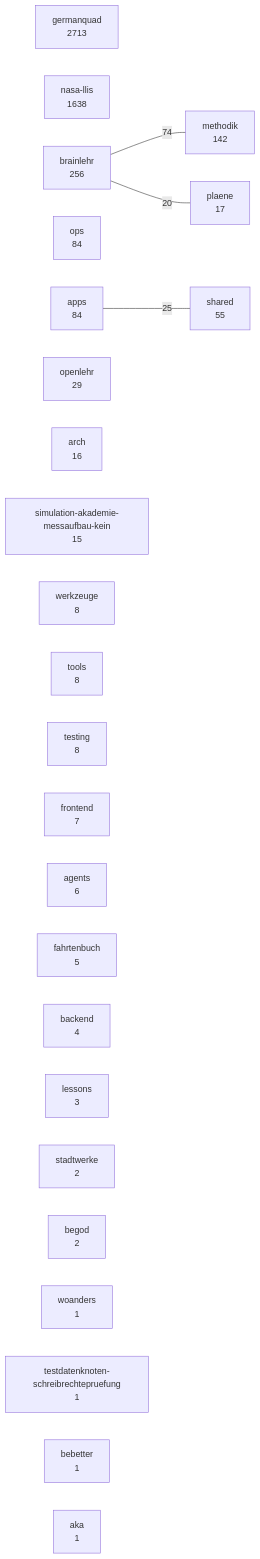
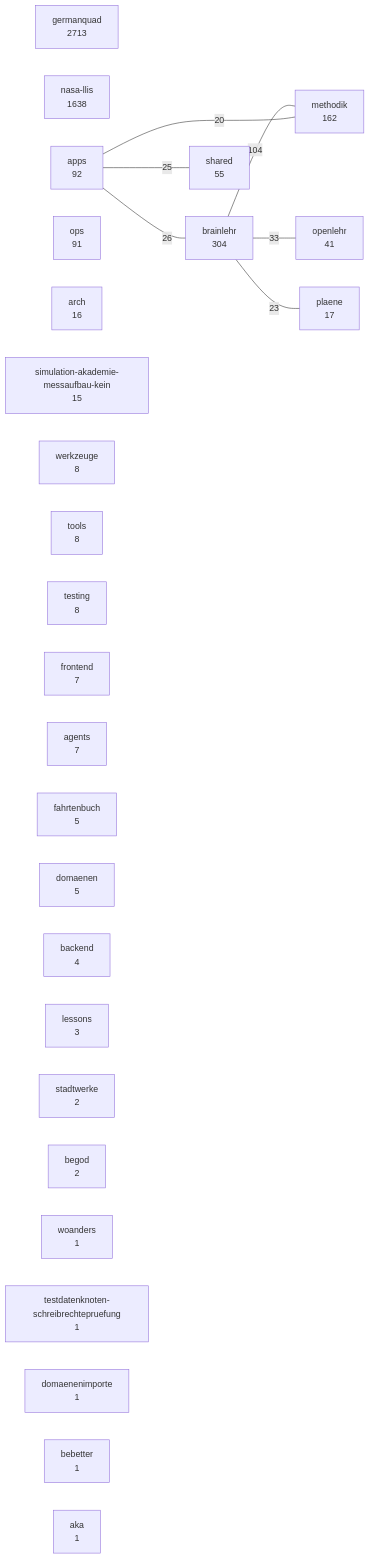
Before and after one commit to 3lehr/brainlehr: the diagram in docs/karten/bestand.md, drawn with Mermaid. The commit also changed other lines of this file and 5 other files, not shown here.

````diff
--- a/docs/karten/bestand.md
+++ b/docs/karten/bestand.md
@@ -5,31 +5,36 @@
 ```mermaid
 graph LR
   germanquad["germanquad<br/>2713"]
   nasa_llis["nasa-llis<br/>1638"]
-  brainlehr["brainlehr<br/>256"]
-  methodik["methodik<br/>142"]
-  ops["ops<br/>84"]
-  apps["apps<br/>84"]
+  brainlehr["brainlehr<br/>304"]
+  methodik["methodik<br/>162"]
+  apps["apps<br/>92"]
+  ops["ops<br/>91"]
   shared["shared<br/>55"]
-  openlehr["openlehr<br/>29"]
+  openlehr["openlehr<br/>41"]
   plaene["plaene<br/>17"]
   arch["arch<br/>16"]
   simulation_akademie_messaufbau_kein["simulation-akademie-messaufbau-kein<br/>15"]
   werkzeuge["werkzeuge<br/>8"]
   tools["tools<br/>8"]
   testing["testing<br/>8"]
   frontend["frontend<br/>7"]
-  agents["agents<br/>6"]
+  agents["agents<br/>7"]
   fahrtenbuch["fahrtenbuch<br/>5"]
+  domaenen["domaenen<br/>5"]
   backend["backend<br/>4"]
   lessons["lessons<br/>3"]
   stadtwerke["stadtwerke<br/>2"]
   begod["begod<br/>2"]
   woanders["woanders<br/>1"]
   testdatenknoten_schreibrechtepruefung["testdatenknoten-schreibrechtepruefung<br/>1"]
+  domaenenimporte["domaenenimporte<br/>1"]
   bebetter["bebetter<br/>1"]
   aka["aka<br/>1"]
-  brainlehr ---|74| methodik
+  brainlehr ---|104| methodik
+  brainlehr ---|33| openlehr
+  apps ---|26| brainlehr
   apps ---|25| shared
-  brainlehr ---|20| plaene
+  brainlehr ---|23| plaene
+  apps ---|20| methodik
 ```
````
